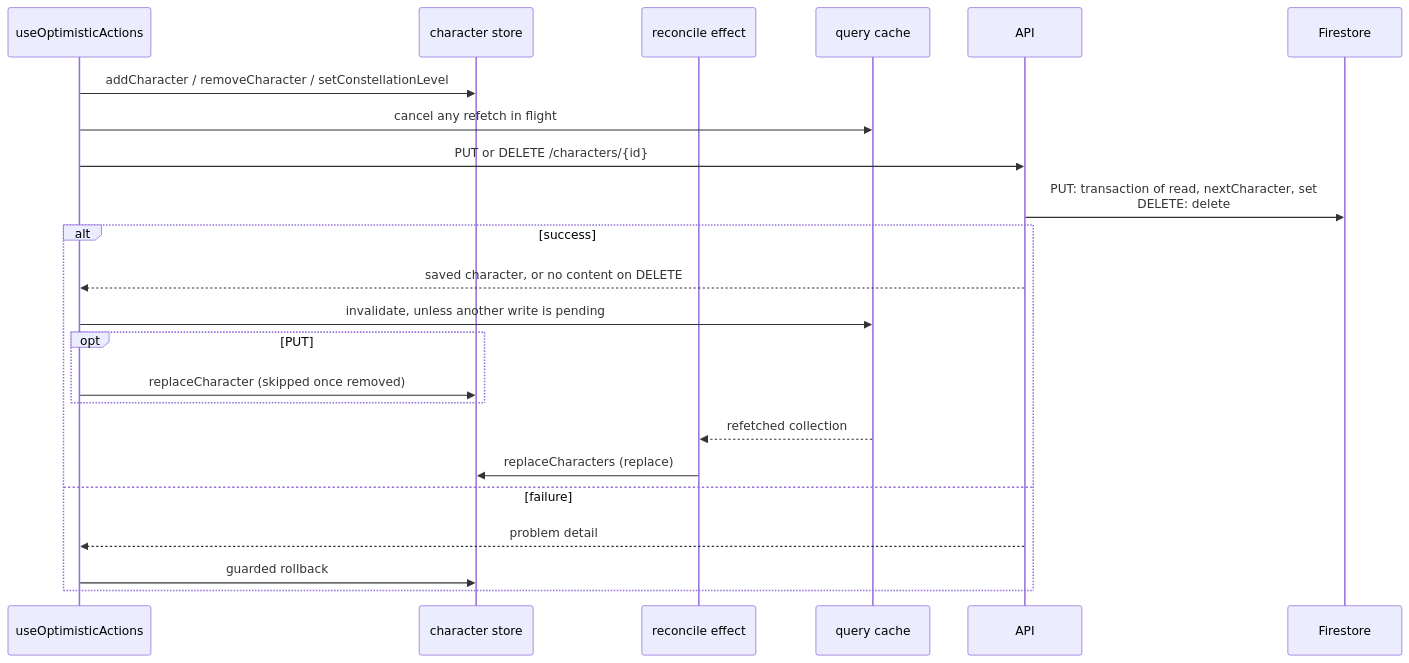
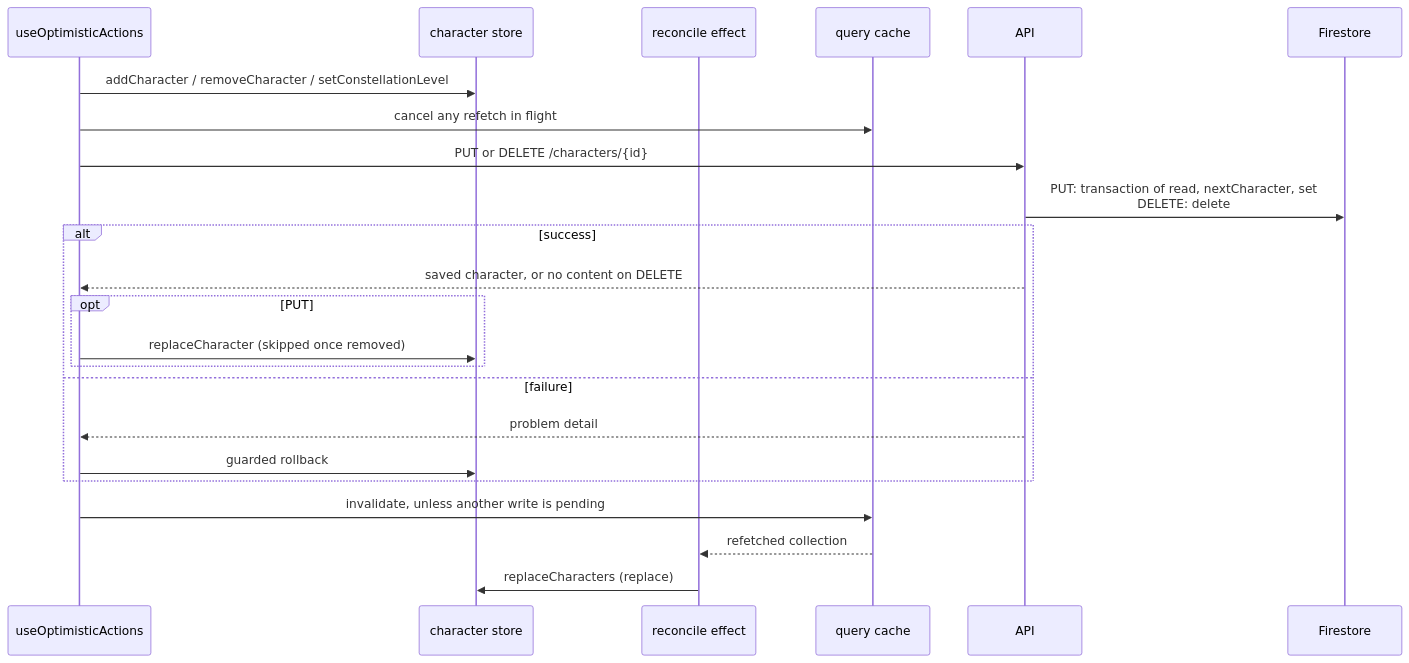
The first of 4 diagrams in docs/reference/data-flow-write-paths.md (dungeon-studio/genshin.dungeon.studio), drawn with Mermaid before and after one commit. The commit also changed other lines of this file and 10 other files, not shown here.

````diff
--- a/docs/reference/data-flow-write-paths.md
+++ b/docs/reference/data-flow-write-paths.md
@@ -61,26 +62,26 @@
 ```mermaid
 sequenceDiagram
   participant Hook as useOptimisticActions
   participant Store as character store
   participant Reconcile as reconcile effect
   participant Cache as query cache
   participant API as API
   participant FS as Firestore
 
   Hook->>Store: addCharacter / removeCharacter / setConstellationLevel
   Hook->>Cache: cancel any refetch in flight
   Hook->>API: PUT or DELETE /characters/{id}
   API->>FS: PUT: transaction of read, nextCharacter, set<br>DELETE: delete
   alt success
     API-->>Hook: saved character, or no content on DELETE
-    Hook->>Cache: invalidate, unless another write is pending
     opt PUT
       Hook->>Store: replaceCharacter (skipped once removed)
     end
-    Cache-->>Reconcile: refetched collection
-    Reconcile->>Store: replaceCharacters (replace)
   else failure
     API-->>Hook: problem detail
     Hook->>Store: guarded rollback
   end
+  Hook->>Cache: invalidate, unless another write is pending
+  Cache-->>Reconcile: refetched collection
+  Reconcile->>Store: replaceCharacters (replace)
 ```
````
